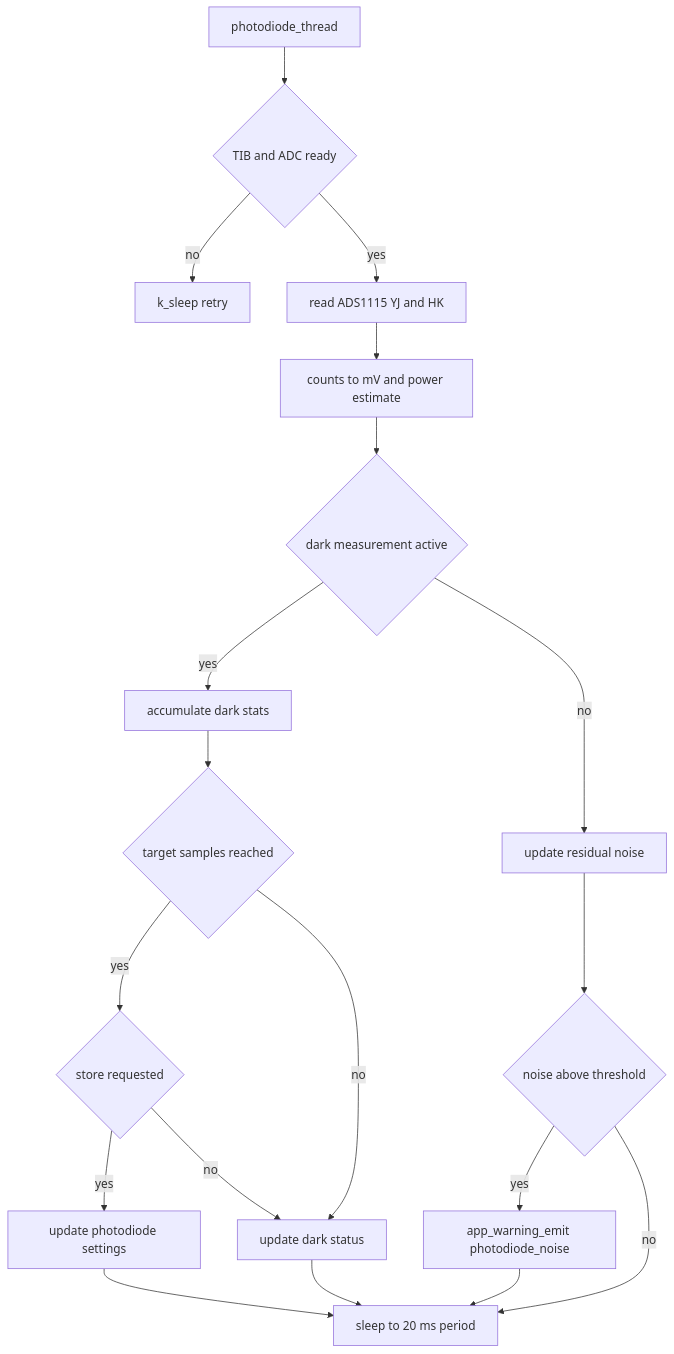
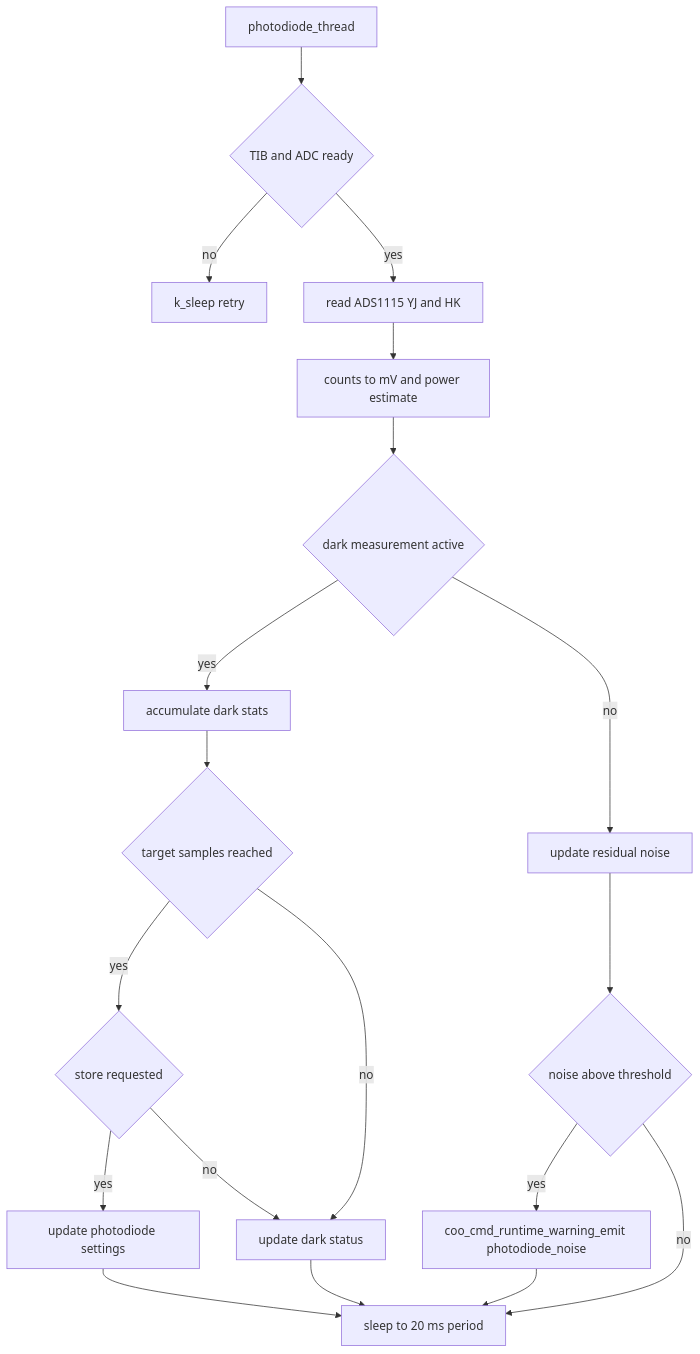
One commit to COO-Utilities/hispec-tib changed the tenth of 22 diagrams in doc/diagrams.md. Above: the diagram before and after it, drawn with Mermaid. The commit also changed other lines of this file and 16 other files, not shown here.

````diff
--- a/doc/diagrams.md
+++ b/doc/diagrams.md
@@ -189,21 +189,21 @@
 ```mermaid
 flowchart TD
   Thread[photodiode_thread] --> Board{TIB and ADC ready}
   Board -- no --> Sleep[k_sleep retry]
   Board -- yes --> Sample[read ADS1115 YJ and HK]
   Sample --> Convert[counts to mV and power estimate]
   Convert --> Dark{dark measurement active}
   Dark -- yes --> Accumulate[accumulate dark stats]
   Accumulate --> Complete{target samples reached}
   Complete -- yes --> Store{store requested}
   Store -- yes --> Persist[update photodiode settings]
   Store -- no --> Status[update dark status]
   Complete -- no --> Status
   Dark -- no --> Noise[update residual noise]
   Status --> SleepPeriod[sleep to 20 ms period]
   Persist --> SleepPeriod
   Noise --> Warn{noise above threshold}
-  Warn -- yes --> Emit[app_warning_emit photodiode_noise]
+  Warn -- yes --> Emit[coo_cmd_runtime_warning_emit photodiode_noise]
   Warn -- no --> SleepPeriod
   Emit --> SleepPeriod
 ```
````
